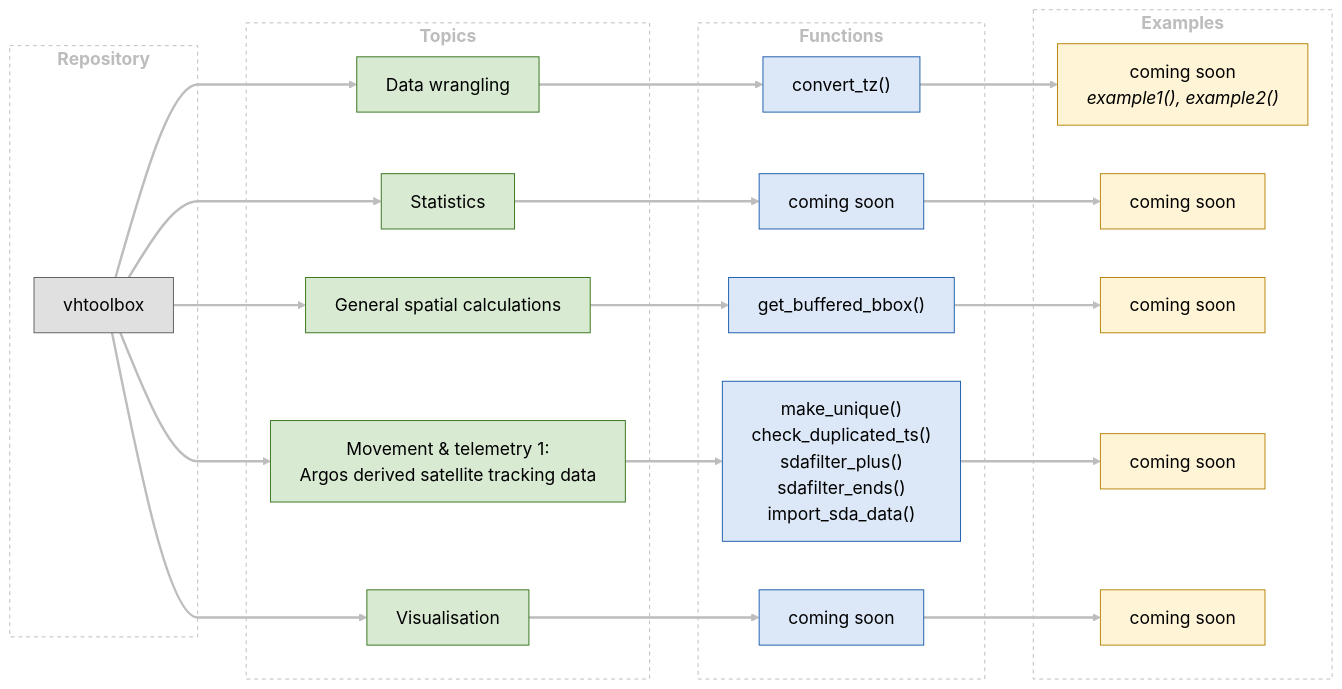
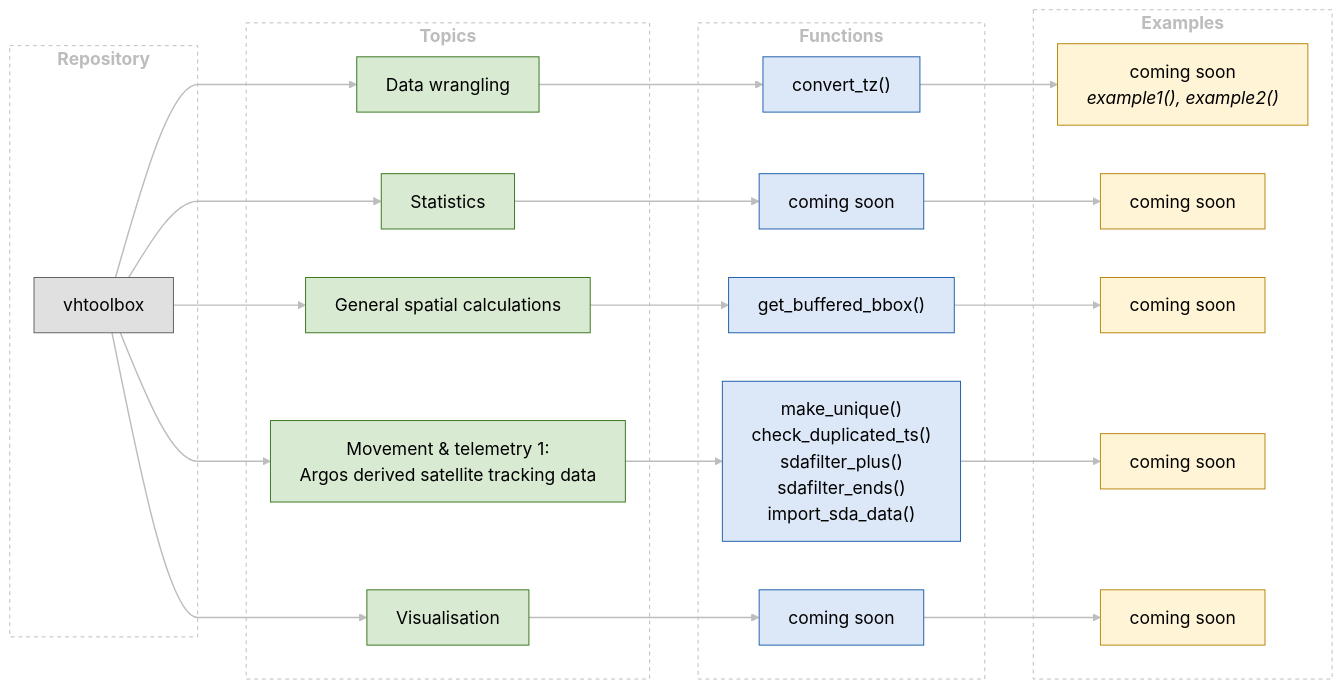
The diagram in README.md (vheim/vhtoolbox), drawn with Mermaid before and after one commit.

Commit message:
flowchart aesthetics

````diff
--- a/README.md
+++ b/README.md
@@ -25,63 +25,63 @@
 ```mermaid
 ---
 config:
   theme: default
   themeVariables:
     fontSize: 18px
     lineColor: "#BDBDBD"
   themeCSS: ".marker { overflow: visible; } .marker path { transform: scale(1.5); transform-origin: 10px 5px; }"
   look: classic
   layout: dagre
   flowchart:
     curve: monotoneX
     wrappingWidth: 400
 ---
 flowchart LR
   subgraph L1["`**Repository**`"]
     R["vhtoolbox"]
   end
   subgraph L2["`**Topics**`"]
     T1["Data wrangling"]
     T2["Statistics"]
     T3["General spatial calculations"]
     T4["Movement & telemetry 1:<br/>Argos derived satellite tracking data"]
     T5["Visualisation"]
   end
   subgraph L3["`**Functions**`"]
     F1["convert_tz()"]
     F2["coming soon"]
     F3["get_buffered_bbox()"]
     F4["make_unique()<br/>check_duplicated_ts()<br/>sdafilter_plus()<br/>sdafilter_ends()<br/>import_sda_data()"]
     F5["coming soon"]
   end
   subgraph L4["`**Examples**`"]
     E1["coming soon<br/><i>example1(), example2()</i>"]
     E2["coming soon"]
     E3["coming soon"]
     E4["coming soon"]
     E5["coming soon"]
   end
 
   R --> T1 & T2 & T3 & T4 & T5
   T1 --> F1 --> E1
   T2 --> F2 --> E2
   T3 --> F3 --> E3
   T4 --> F4 --> E4
   T5 --> F5 --> E5
 
   %% One example box per topic: replace "coming soon" with the example name(s),
   %% each followed by the functions it uses in italics, e.g.
   %%   E4["Rexample_sdafilter_plus.R<br/><i>sdafilter_plus(), sdafilter_ends()</i>"]
 
   classDef repo     fill:#E0E0E0,stroke:#616161,color:#000;
   classDef topic    fill:#D9EAD3,stroke:#38761D,color:#000;
   classDef func     fill:#DCE8F7,stroke:#1F5FAD,color:#000;
   classDef example  fill:#FFF4D6,stroke:#B8860B,color:#000;
   classDef level    fill:none,stroke:#BDBDBD,stroke-dasharray:4 4,color:#BDBDBD;
   class R repo;
   class T1,T2,T3,T4,T5 topic;
   class F1,F2,F3,F4,F5 func;
   class E1,E2,E3,E4,E5 example;
   class L1,L2,L3,L4 level;
-  linkStyle default stroke:#BDBDBD,stroke-width:2.5px;
+  linkStyle default stroke:#BDBDBD,stroke-width:1.5px;
 ```
````
